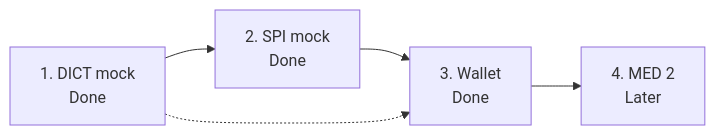
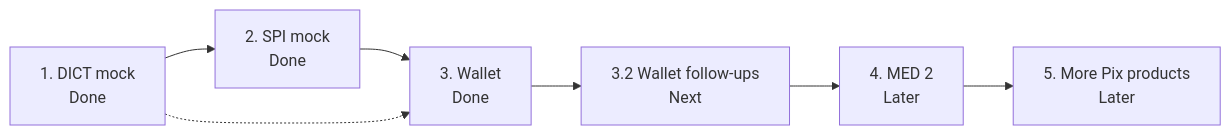
Before and after one commit to piovani/pix_fake: the diagram in docs/roadmap.md, drawn with Mermaid. The commit also changed other lines of this file, not shown here.

Commit message:
docs: add phases 3.2 and 5 to the roadmap

````diff
--- a/docs/roadmap.md
+++ b/docs/roadmap.md
@@ -5,7 +5,9 @@
 ```mermaid
 flowchart LR
     P1["1. DICT mock<br/>Done"] --> P2["2. SPI mock<br/>Done"]
     P2 --> P3["3. Wallet<br/>Done"]
-    P3 --> P4["4. MED 2<br/>Later"]
+    P3 --> P32["3.2 Wallet follow-ups<br/>Next"]
+    P32 --> P4["4. MED 2<br/>Later"]
+    P4 --> P5["5. More Pix products<br/>Later"]
     P1 -.-> P3
 ```
````
